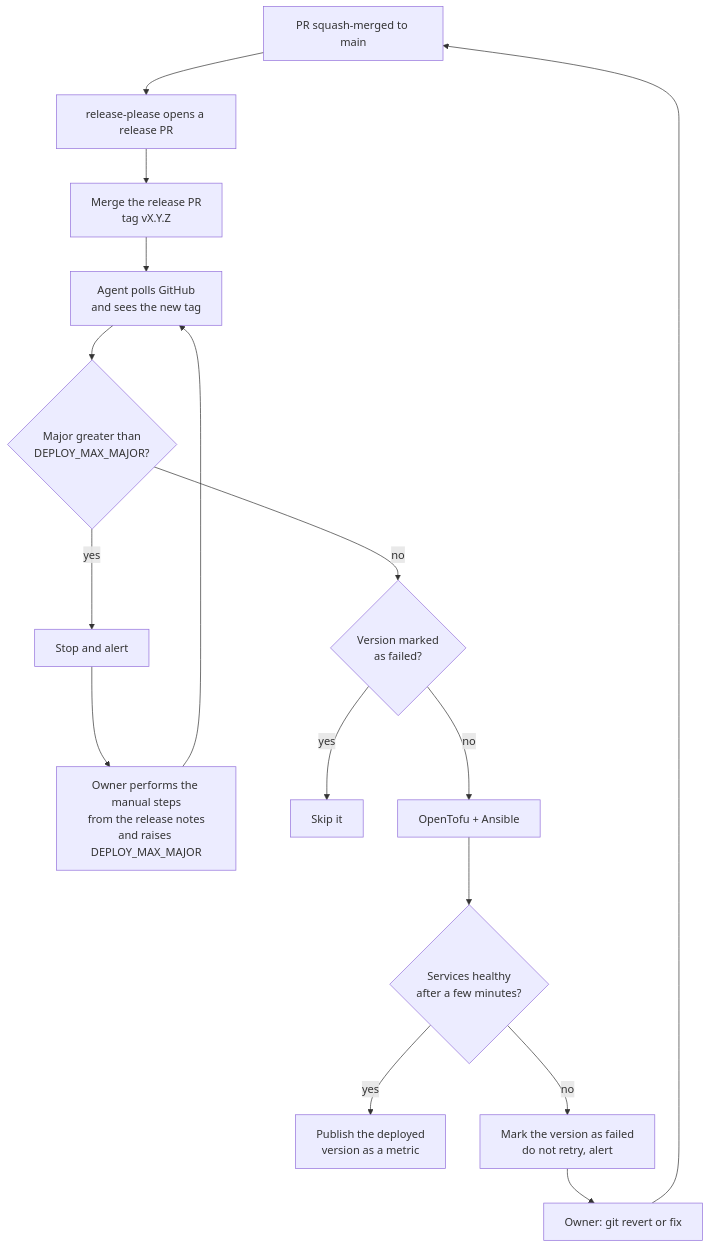
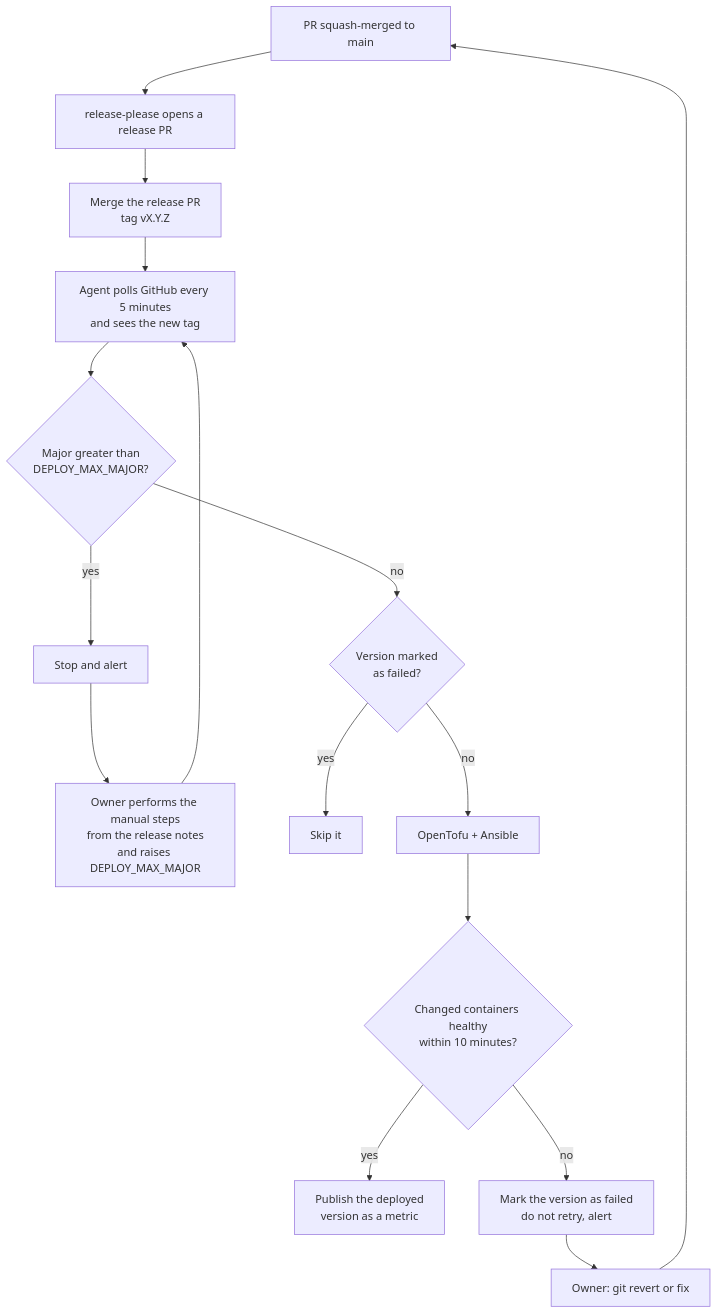
Before and after one commit to JSisques/homelab: the second of 5 diagrams in docs/architecture.md, drawn with Mermaid. The commit also changed 3 other files, not shown here.

````diff
--- a/docs/architecture.md
+++ b/docs/architecture.md
@@ -51,18 +51,18 @@
 ```mermaid
 flowchart TD
   A["PR squash-merged to main"] --> B["release-please opens a release PR"]
   B --> C["Merge the release PR<br/>tag vX.Y.Z"]
-  C --> D["Agent polls GitHub<br/>and sees the new tag"]
+  C --> D["Agent polls GitHub every 5 minutes<br/>and sees the new tag"]
   D --> E{"Major greater than<br/>DEPLOY_MAX_MAJOR?"}
   E -- "yes" --> F["Stop and alert"]
   F --> G["Owner performs the manual steps<br/>from the release notes<br/>and raises DEPLOY_MAX_MAJOR"]
   G --> D
   E -- "no" --> H{"Version marked<br/>as failed?"}
   H -- "yes" --> I["Skip it"]
   H -- "no" --> J["OpenTofu + Ansible"]
-  J --> K{"Services healthy<br/>after a few minutes?"}
+  J --> K{"Changed containers healthy<br/>within 10 minutes?"}
   K -- "yes" --> L["Publish the deployed<br/>version as a metric"]
   K -- "no" --> M["Mark the version as failed<br/>do not retry, alert"]
   M --> N["Owner: git revert or fix"]
   N --> A
 ```
````
